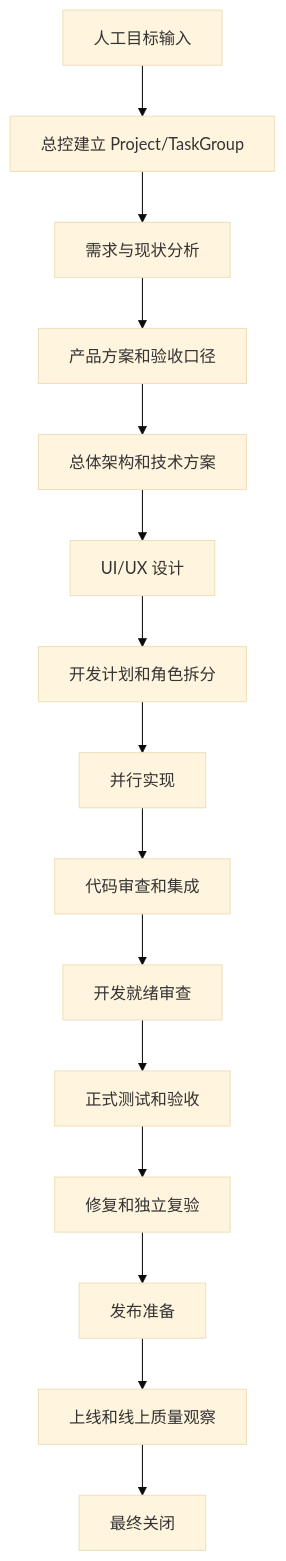
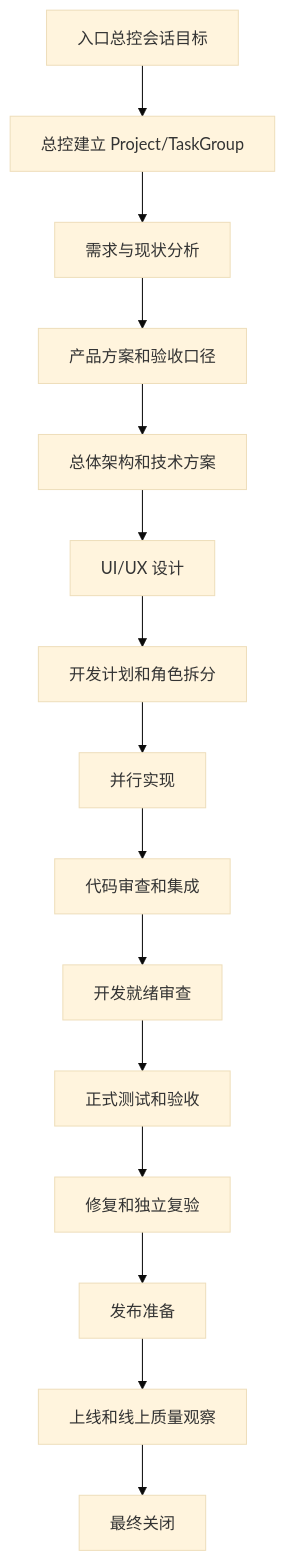
Before and after one commit to DlenoDing/ai-multi-agent-ctrl: the second of 2 diagrams in docs/multi-agent-project-orchestration-system-design.md, drawn with Mermaid (base theme). The commit also changed other lines of this file and 12 other files, not shown here.

````diff
--- a/docs/multi-agent-project-orchestration-system-design.md
+++ b/docs/multi-agent-project-orchestration-system-design.md
@@ -255,17 +258,17 @@
 ```mermaid
 flowchart TD
-    A["人工目标输入"] --> B["总控建立 Project/TaskGroup"]
+    A["入口总控会话目标"] --> B["总控建立 Project/TaskGroup"]
     B --> C["需求与现状分析"]
     C --> D["产品方案和验收口径"]
     D --> E["总体架构和技术方案"]
     E --> F["UI/UX 设计"]
     F --> G["开发计划和角色拆分"]
     G --> H["并行实现"]
     H --> I["代码审查和集成"]
     I --> J["开发就绪审查"]
     J --> K["正式测试和验收"]
     K --> L["修复和独立复验"]
     L --> M["发布准备"]
     M --> N["上线和线上质量观察"]
     N --> O["最终关闭"]
 ```
````
